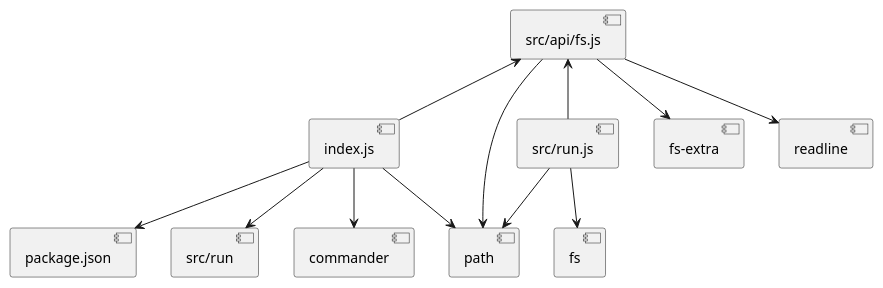
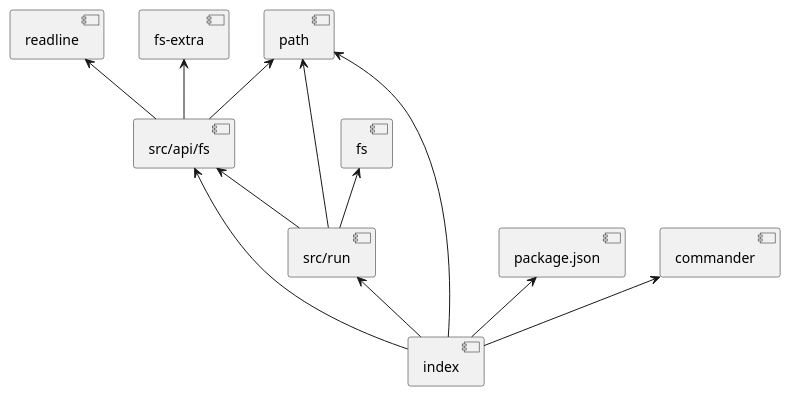
Before and after one commit to ljquan/gen-structure: the diagram in structure.md, drawn with PlantUML. The commit also changed 1 other file, not shown here.

Commit message:
优化结构图

````diff
--- a/structure.md
+++ b/structure.md
@@ -3,15 +3,15 @@
 ```plantuml
 @startuml
-[index.js] -down-> [commander]
-[index.js] -down-> [path]
-[index.js] -down-> [package.json]
-[index.js] -up-> [src/api/fs.js]
-[index.js] -down-> [src/run]
-[src/run.js] -up-> [src/api/fs.js]
-[src/run.js] -down-> [fs]
-[src/run.js] -down-> [path]
-[src/api/fs.js] -down-> [fs-extra]
-[src/api/fs.js] -down-> [path]
-[src/api/fs.js] -down-> [readline]
+[index] -up-> [commander]
+[index] -up-> [path]
+[index] -up-> [package.json]
+[index] -up-> [src/api/fs]
+[index] -up-> [src/run]
+[src/run] -up-> [src/api/fs]
+[src/run] -up-> [fs]
+[src/run] -up-> [path]
+[src/api/fs] -up-> [fs-extra]
+[src/api/fs] -up-> [path]
+[src/api/fs] -up-> [readline]
 @enduml
 ```
````
